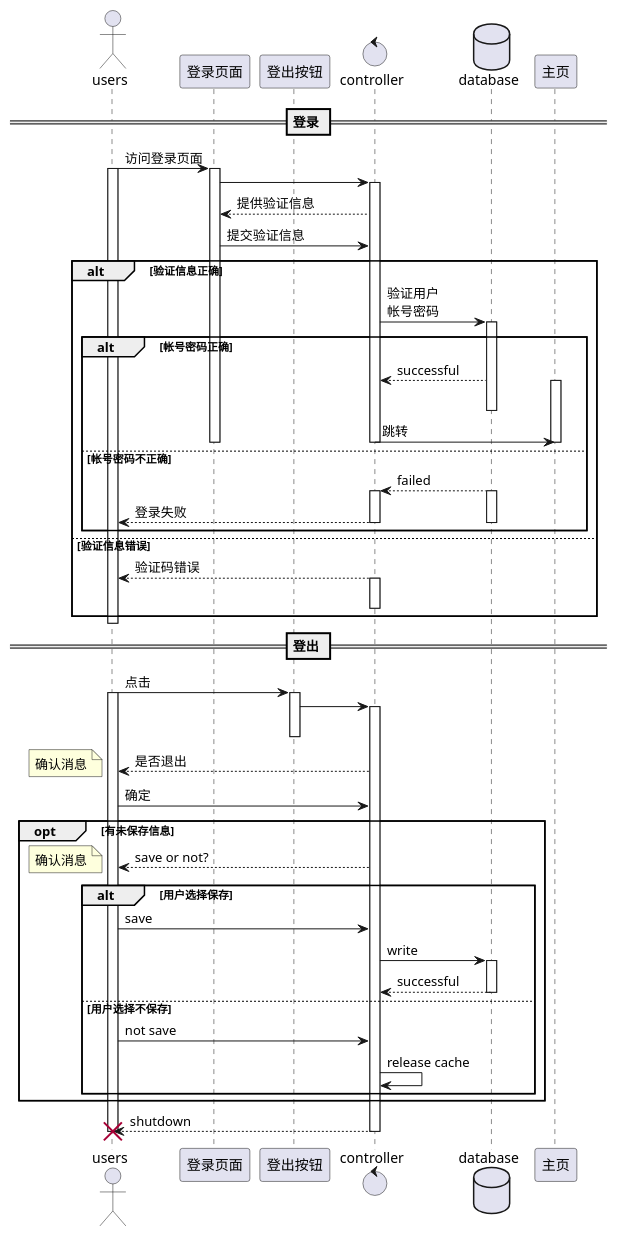
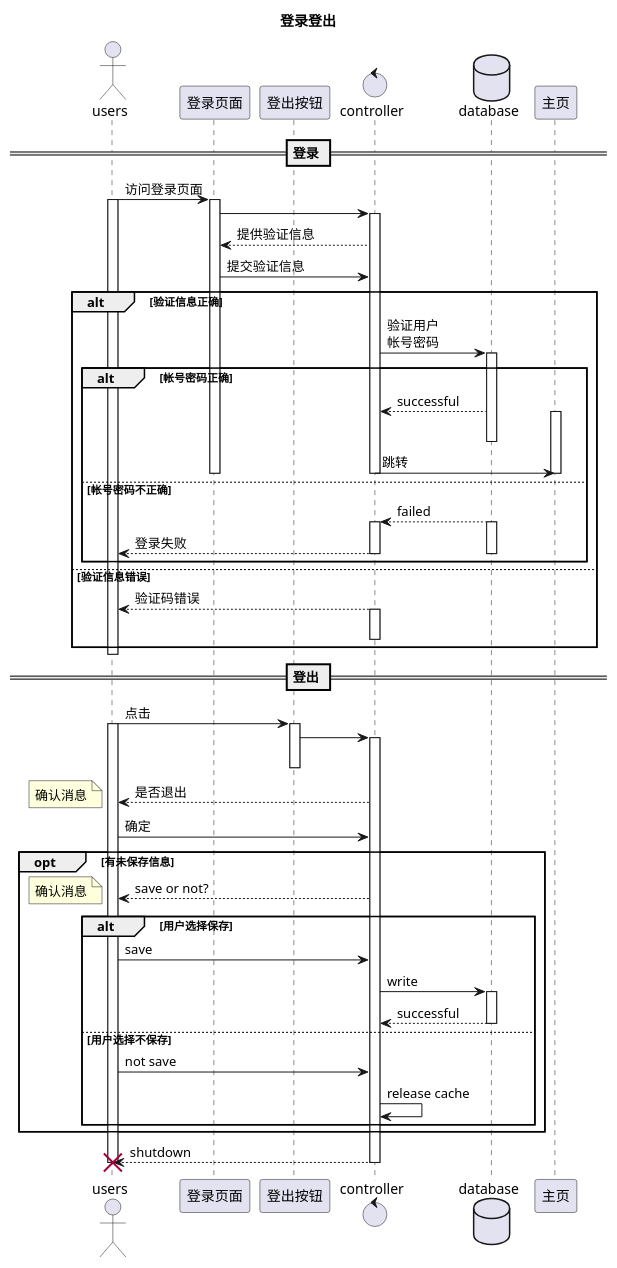
Before and after one commit to mzy1997/is_analysis: the diagram in test6/src/loginAndLogout.puml, drawn with PlantUML. The commit also changed 35 other files, not shown here.

```diff
--- a/test6/src/loginAndLogout.puml
+++ b/test6/src/loginAndLogout.puml
@@ -1,71 +1,72 @@
 @startuml
+title 登录登出
 actor users
 participant 登录页面
 participant 登出按钮
 control controller
 database database
 participant 主页
 == 登录 ==
 users -> 登录页面:访问登录页面
 activate users
 activate 登录页面
 登录页面 -> controller
 activate controller
 controller --> 登录页面:提供验证信息
 登录页面 -> controller:提交验证信息
 alt 验证信息正确
     controller -> database:验证用户\n帐号密码
     activate database
     alt 帐号密码正确
         database --> controller:successful
         activate 主页
         deactivate database
         controller -> 主页:跳转
         deactivate 登录页面
         deactivate 主页
         deactivate controller
     else 帐号密码不正确
         database --> controller:failed
         activate database
         activate controller
         controller --> users:登录失败
         deactivate database
         deactivate controller
     end
 else 验证信息错误
     controller --> users :验证码错误
     activate controller
     deactivate controller
 end
 deactivate users
 
 == 登出 ==
 users -> 登出按钮 :点击
 activate users
 activate 登出按钮
 登出按钮 ->controller
 activate controller
 deactivate 登出按钮
 controller -->users:是否退出
 note left:确认消息
 users -> controller:确定
 opt 有未保存信息
     controller -->users :save or not?
     note left:确认消息
     alt 用户选择保存
         users -> controller:save
         controller -> database :write
         activate database
         database --> controller:successful
         deactivate database
     else 用户选择不保存
         users ->controller: not save
         controller->controller:release cache
     end
 end
 controller -->users:shutdown
 deactivate controller
 deactivate users
 destroy users
 
 @enduml
```
